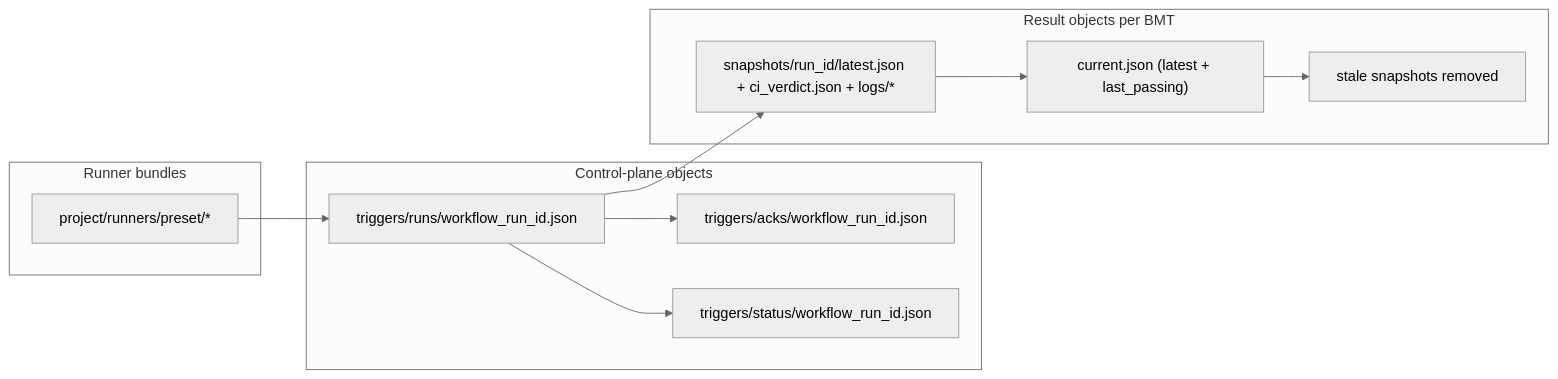
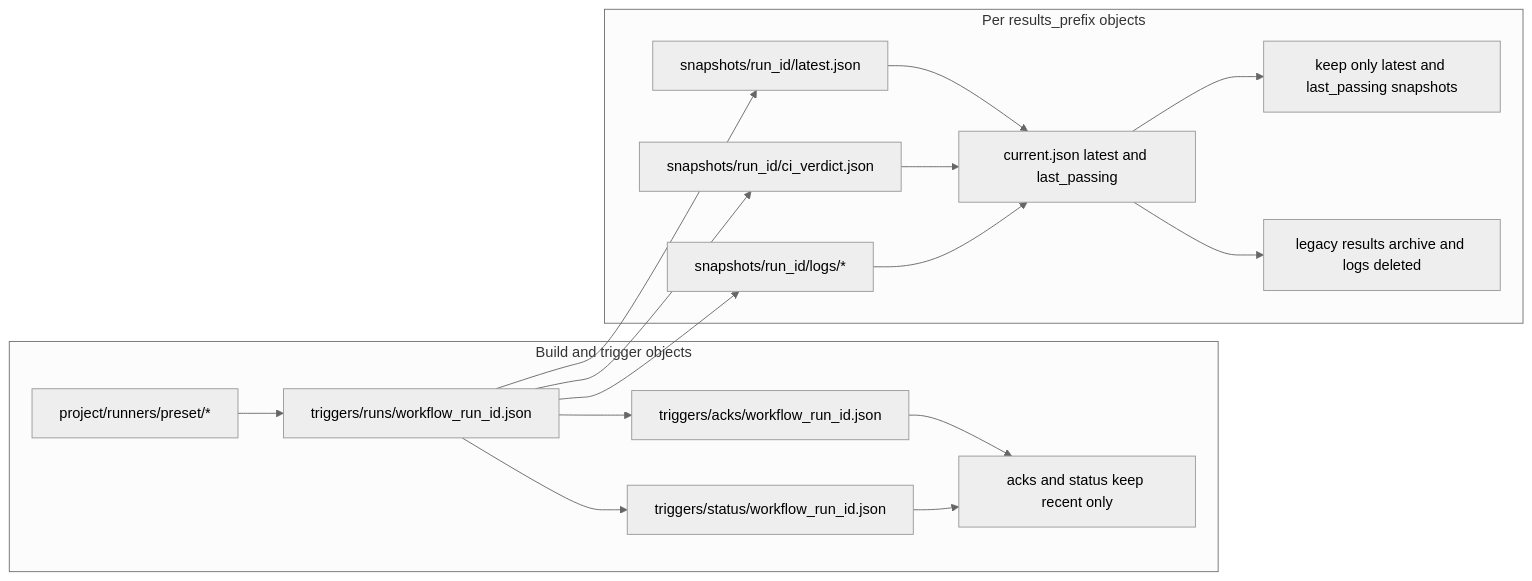
One commit to klugman-yanai/bmt-gate-sandbox changed the third of 3 diagrams in docs/diagrams.md. Above: the diagram before and after it, drawn with Mermaid (neutral theme). The commit also changed other lines of this file and 59 other files, not shown here.

````diff
--- a/docs/diagrams.md
+++ b/docs/diagrams.md
@@ -78,25 +95,33 @@
 ```mermaid
 flowchart LR
-    subgraph ControlPlane[Control-plane objects]
+    subgraph BuildAndTrigger[Build and trigger objects]
+      RUNNER["project/runners/preset/*"]
       TRIG["triggers/runs/workflow_run_id.json"]
       ACK["triggers/acks/workflow_run_id.json"]
       STAT["triggers/status/workflow_run_id.json"]
+      META["acks and status keep recent only"]
     end
 
-    subgraph Runners[Runner bundles]
-      RUNNER["project/runners/preset/*"]
-    end
-
-    subgraph Results[Result objects per BMT]
-      SNAP["snapshots/run_id/latest.json + ci_verdict.json + logs/*"]
-      PTR["current.json (latest + last_passing)"]
-      CLEAN["stale snapshots removed"]
+    subgraph PerBmtResults[Per results_prefix objects]
+      SNAP["snapshots/run_id/latest.json"]
+      VERDICT["snapshots/run_id/ci_verdict.json"]
+      LOGS["snapshots/run_id/logs/*"]
+      PTR["current.json latest and last_passing"]
+      GC["keep only latest and last_passing snapshots"]
+      LEGACY["legacy results archive and logs deleted"]
     end
 
     RUNNER --> TRIG
     TRIG --> ACK
     TRIG --> STAT
+    ACK --> META
+    STAT --> META
     TRIG --> SNAP
+    TRIG --> VERDICT
+    TRIG --> LOGS
     SNAP --> PTR
-    PTR --> CLEAN
+    VERDICT --> PTR
+    LOGS --> PTR
+    PTR --> GC
+    PTR --> LEGACY
 ```
````
